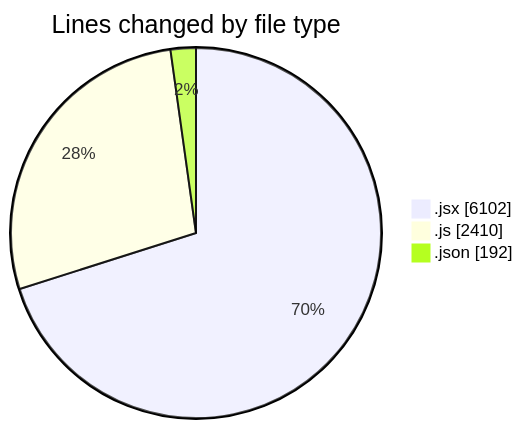
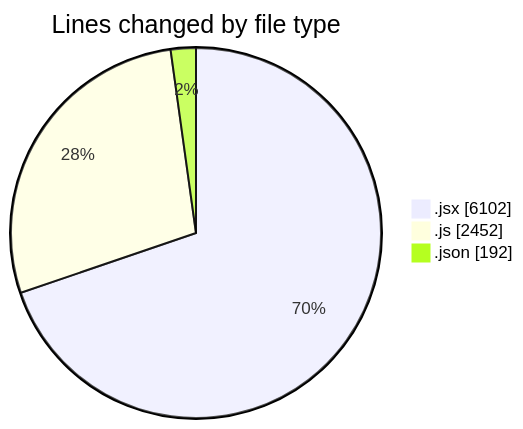
Before and after one commit to nxtqubesakshisongat/code-tracking: the first of 2 diagrams in 2025-08-06/nxtqube_webapp/README.md, drawn with Mermaid. The commit also changed other lines of this file and 1 other file, not shown here.

````diff
--- a/2025-08-06/nxtqube_webapp/README.md
+++ b/2025-08-06/nxtqube_webapp/README.md
@@ -31,7 +31,7 @@
 ```mermaid
 pie showData
 title Lines changed by file type
 ".jsx" : 6102
-".js" : 2410
+".js" : 2452
 ".json" : 192
 ```
````
